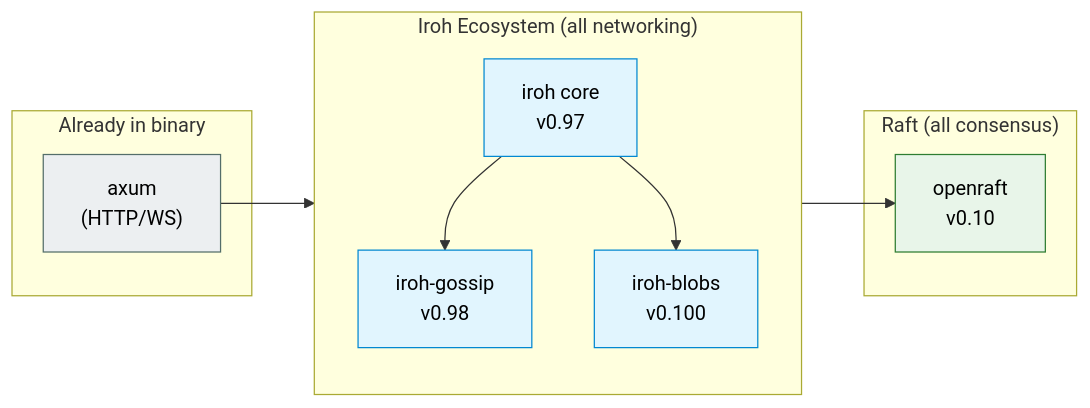
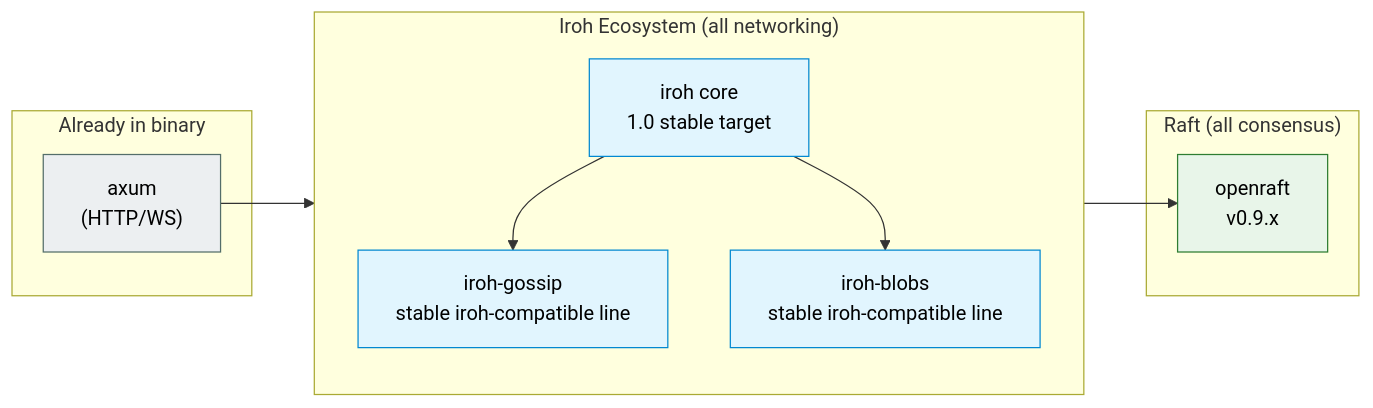
Before and after one commit to nimbus/nimbus: diagram 11 of 28 in docs/architecture/horizontal-scaling.md, drawn with Mermaid. The commit also changed other lines of this file and 4 other files, not shown here.

````diff
--- a/docs/architecture/horizontal-scaling.md
+++ b/docs/architecture/horizontal-scaling.md
@@ -602,29 +605,29 @@
 ```mermaid
 flowchart LR
     subgraph iroh_eco["Iroh Ecosystem (all networking)"]
         direction TB
-        IC["iroh core\nv0.97"]
-        IG["iroh-gossip\nv0.98"]
-        IB["iroh-blobs\nv0.100"]
+        IC["iroh core\n1.0 stable target"]
+        IG["iroh-gossip\nstable iroh-compatible line"]
+        IB["iroh-blobs\nstable iroh-compatible line"]
     end
 
     subgraph raft_eco["Raft (all consensus)"]
-        OR["openraft\nv0.10"]
+        OR["openraft\nv0.9.x"]
     end
 
     subgraph existing["Already in binary"]
         AX["axum\n(HTTP/WS)"]
     end
 
     IC --> IG & IB
     IC --> OR
     AX --> IC
 
     classDef iroh fill:#e1f5fe,stroke:#0288d1,color:#000
     classDef raft fill:#e8f5e9,stroke:#2e7d32,color:#000
     classDef existing fill:#eceff1,stroke:#546e6a,color:#000
 
     class IC,IG,IB iroh
     class OR raft
     class AX existing
 ```
````
